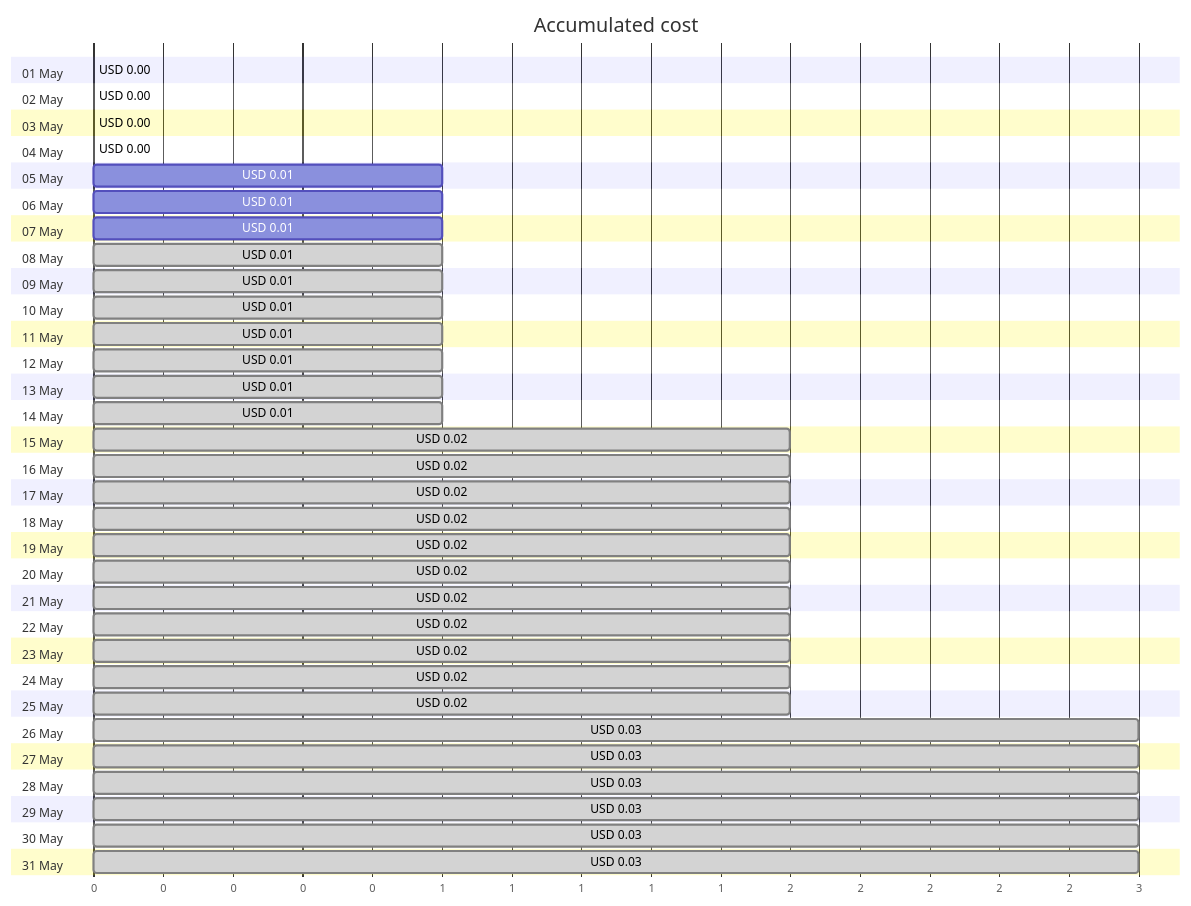
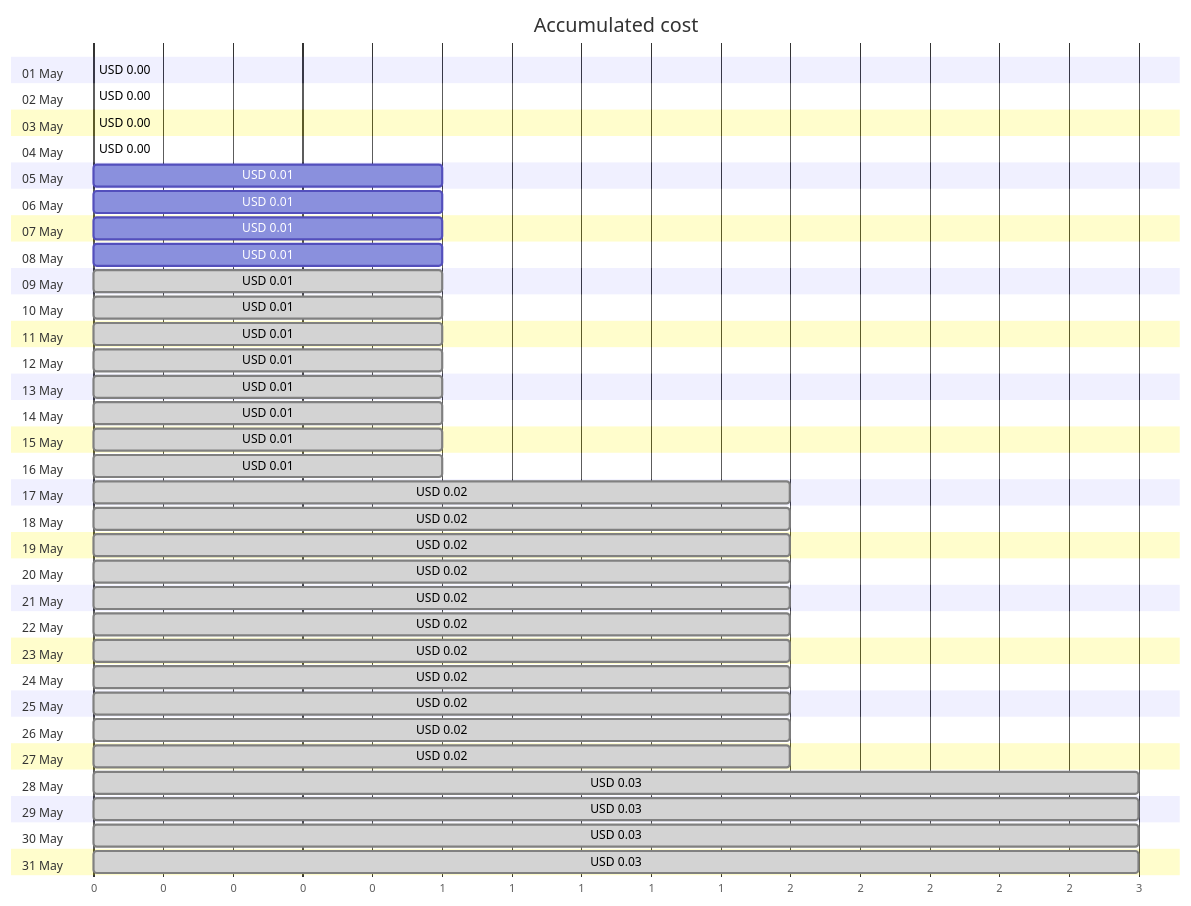
The first of 4 diagrams in cost-reports/personal-site/personalsiteapipreview.md (jpfulton/azure-personal-reports), drawn with Mermaid before and after one commit. The commit also changed other lines of this file and 6 other files, not shown here.

````diff
--- a/cost-reports/personal-site/personalsiteapipreview.md
+++ b/cost-reports/personal-site/personalsiteapipreview.md
@@ -20,68 +20,68 @@
 ```mermaid
 gantt
    title Accumulated cost
    dateFormat  X
    axisFormat %s
    section 01 May
    USD 0.00 :0, 0
    section 02 May
    USD 0.00 :0, 0
    section 03 May
    USD 0.00 :0, 0
    section 04 May
    USD 0.00 :0, 0
    section 05 May
    USD 0.01 :0, 1
    section 06 May
    USD 0.01 :0, 1
    section 07 May
    USD 0.01 :0, 1
    section 08 May
-   USD 0.01 : done, 0, 1
+   USD 0.01 :0, 1
    section 09 May
    USD 0.01 : done, 0, 1
    section 10 May
    USD 0.01 : done, 0, 1
    section 11 May
    USD 0.01 : done, 0, 1
    section 12 May
    USD 0.01 : done, 0, 1
    section 13 May
    USD 0.01 : done, 0, 1
    section 14 May
    USD 0.01 : done, 0, 1
    section 15 May
-   USD 0.02 : done, 0, 2
+   USD 0.01 : done, 0, 1
    section 16 May
-   USD 0.02 : done, 0, 2
+   USD 0.01 : done, 0, 1
    section 17 May
    USD 0.02 : done, 0, 2
    section 18 May
    USD 0.02 : done, 0, 2
    section 19 May
    USD 0.02 : done, 0, 2
    section 20 May
    USD 0.02 : done, 0, 2
    section 21 May
    USD 0.02 : done, 0, 2
    section 22 May
    USD 0.02 : done, 0, 2
    section 23 May
    USD 0.02 : done, 0, 2
    section 24 May
    USD 0.02 : done, 0, 2
    section 25 May
    USD 0.02 : done, 0, 2
    section 26 May
-   USD 0.03 : done, 0, 3
+   USD 0.02 : done, 0, 2
    section 27 May
-   USD 0.03 : done, 0, 3
+   USD 0.02 : done, 0, 2
    section 28 May
    USD 0.03 : done, 0, 3
    section 29 May
    USD 0.03 : done, 0, 3
    section 30 May
    USD 0.03 : done, 0, 3
    section 31 May
    USD 0.03 : done, 0, 3
 ```
````
